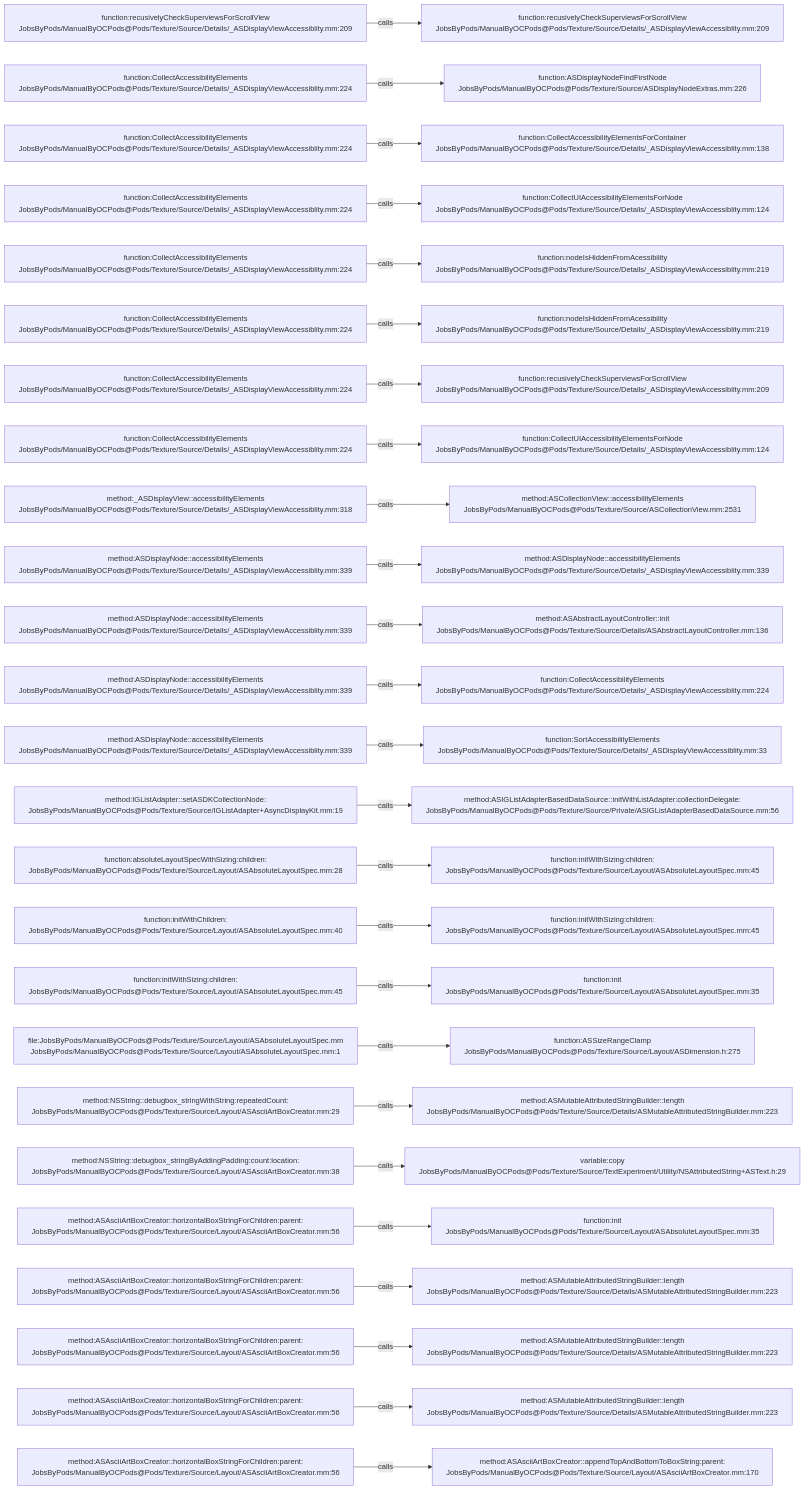
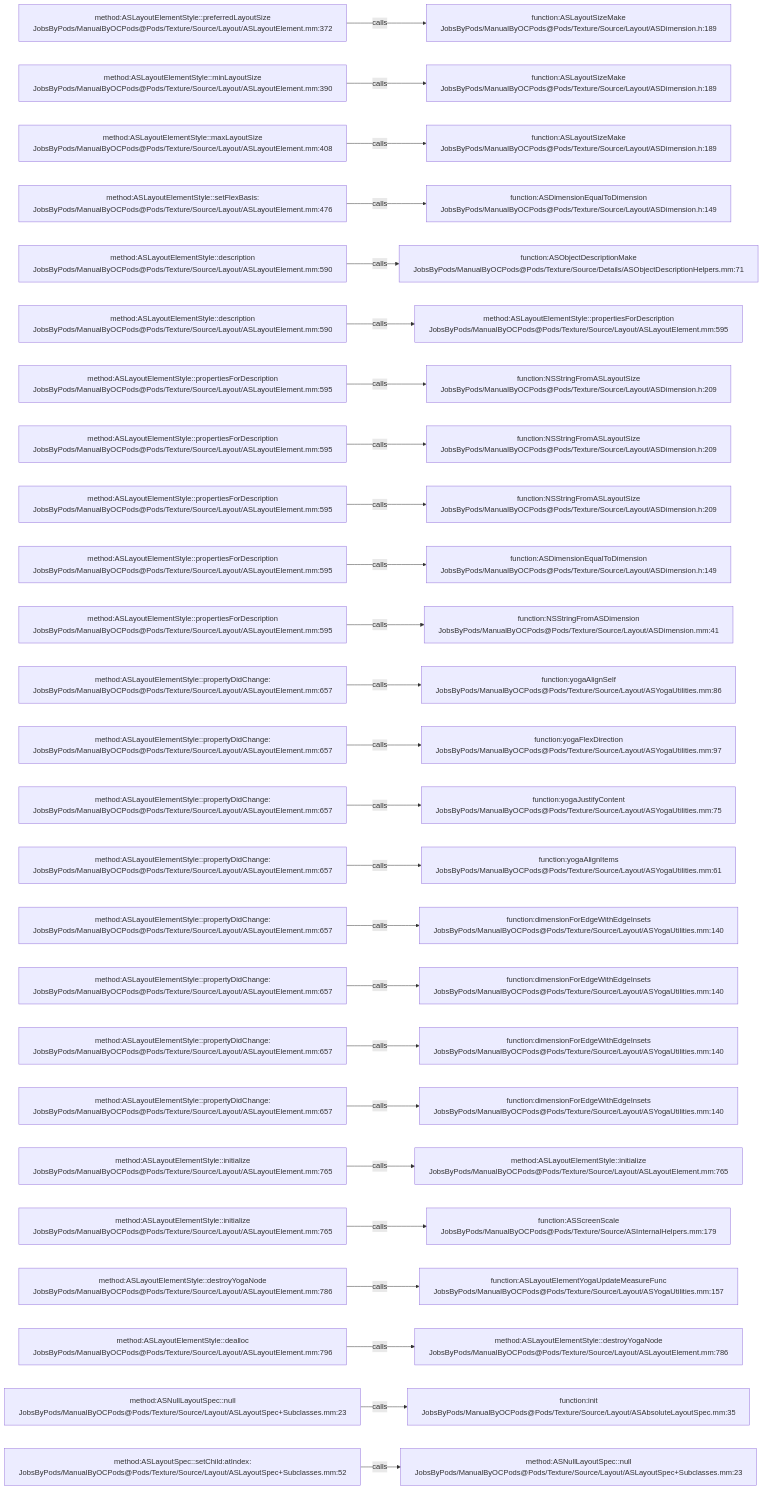
Before and after one commit to JobsKits/JobsOCBaseConfigDemo: the diagram in .codegraph/codegraph.md/graphs/calls-172.md, drawn with Mermaid. The commit also changed 1448 other files, not shown here.

````diff
--- a/.codegraph/codegraph.md/graphs/calls-172.md
+++ b/.codegraph/codegraph.md/graphs/calls-172.md
@@ -13,78 +13,78 @@
 ```mermaid
 flowchart LR
-  S1["function:recusivelyCheckSuperviewsForScrollView<br/>JobsByPods/ManualByOCPods@Pods/Texture/Source/Details/_ASDisplayViewAccessiblity.mm:209"]
-  T1["function:recusivelyCheckSuperviewsForScrollView<br/>JobsByPods/ManualByOCPods@Pods/Texture/Source/Details/_ASDisplayViewAccessiblity.mm:209"]
+  S1["method:ASLayoutElementStyle::preferredLayoutSize<br/>JobsByPods/ManualByOCPods@Pods/Texture/Source/Layout/ASLayoutElement.mm:372"]
+  T1["function:ASLayoutSizeMake<br/>JobsByPods/ManualByOCPods@Pods/Texture/Source/Layout/ASDimension.h:189"]
   S1 -->|calls| T1
-  S2["function:CollectAccessibilityElements<br/>JobsByPods/ManualByOCPods@Pods/Texture/Source/Details/_ASDisplayViewAccessiblity.mm:224"]
-  T2["function:ASDisplayNodeFindFirstNode<br/>JobsByPods/ManualByOCPods@Pods/Texture/Source/ASDisplayNodeExtras.mm:226"]
+  S2["method:ASLayoutElementStyle::minLayoutSize<br/>JobsByPods/ManualByOCPods@Pods/Texture/Source/Layout/ASLayoutElement.mm:390"]
+  T2["function:ASLayoutSizeMake<br/>JobsByPods/ManualByOCPods@Pods/Texture/Source/Layout/ASDimension.h:189"]
   S2 -->|calls| T2
-  S3["function:CollectAccessibilityElements<br/>JobsByPods/ManualByOCPods@Pods/Texture/Source/Details/_ASDisplayViewAccessiblity.mm:224"]
-  T3["function:CollectAccessibilityElementsForContainer<br/>JobsByPods/ManualByOCPods@Pods/Texture/Source/Details/_ASDisplayViewAccessiblity.mm:138"]
+  S3["method:ASLayoutElementStyle::maxLayoutSize<br/>JobsByPods/ManualByOCPods@Pods/Texture/Source/Layout/ASLayoutElement.mm:408"]
+  T3["function:ASLayoutSizeMake<br/>JobsByPods/ManualByOCPods@Pods/Texture/Source/Layout/ASDimension.h:189"]
   S3 -->|calls| T3
-  S4["function:CollectAccessibilityElements<br/>JobsByPods/ManualByOCPods@Pods/Texture/Source/Details/_ASDisplayViewAccessiblity.mm:224"]
-  T4["function:CollectUIAccessibilityElementsForNode<br/>JobsByPods/ManualByOCPods@Pods/Texture/Source/Details/_ASDisplayViewAccessiblity.mm:124"]
+  S4["method:ASLayoutElementStyle::setFlexBasis:<br/>JobsByPods/ManualByOCPods@Pods/Texture/Source/Layout/ASLayoutElement.mm:476"]
+  T4["function:ASDimensionEqualToDimension<br/>JobsByPods/ManualByOCPods@Pods/Texture/Source/Layout/ASDimension.h:149"]
   S4 -->|calls| T4
-  S5["function:CollectAccessibilityElements<br/>JobsByPods/ManualByOCPods@Pods/Texture/Source/Details/_ASDisplayViewAccessiblity.mm:224"]
-  T5["function:nodeIsHiddenFromAcessibility<br/>JobsByPods/ManualByOCPods@Pods/Texture/Source/Details/_ASDisplayViewAccessiblity.mm:219"]
+  S5["method:ASLayoutElementStyle::description<br/>JobsByPods/ManualByOCPods@Pods/Texture/Source/Layout/ASLayoutElement.mm:590"]
+  T5["function:ASObjectDescriptionMake<br/>JobsByPods/ManualByOCPods@Pods/Texture/Source/Details/ASObjectDescriptionHelpers.mm:71"]
   S5 -->|calls| T5
-  S6["function:CollectAccessibilityElements<br/>JobsByPods/ManualByOCPods@Pods/Texture/Source/Details/_ASDisplayViewAccessiblity.mm:224"]
-  T6["function:nodeIsHiddenFromAcessibility<br/>JobsByPods/ManualByOCPods@Pods/Texture/Source/Details/_ASDisplayViewAccessiblity.mm:219"]
+  S6["method:ASLayoutElementStyle::description<br/>JobsByPods/ManualByOCPods@Pods/Texture/Source/Layout/ASLayoutElement.mm:590"]
+  T6["method:ASLayoutElementStyle::propertiesForDescription<br/>JobsByPods/ManualByOCPods@Pods/Texture/Source/Layout/ASLayoutElement.mm:595"]
   S6 -->|calls| T6
-  S7["function:CollectAccessibilityElements<br/>JobsByPods/ManualByOCPods@Pods/Texture/Source/Details/_ASDisplayViewAccessiblity.mm:224"]
-  T7["function:recusivelyCheckSuperviewsForScrollView<br/>JobsByPods/ManualByOCPods@Pods/Texture/Source/Details/_ASDisplayViewAccessiblity.mm:209"]
+  S7["method:ASLayoutElementStyle::propertiesForDescription<br/>JobsByPods/ManualByOCPods@Pods/Texture/Source/Layout/ASLayoutElement.mm:595"]
+  T7["function:NSStringFromASLayoutSize<br/>JobsByPods/ManualByOCPods@Pods/Texture/Source/Layout/ASDimension.h:209"]
   S7 -->|calls| T7
-  S8["function:CollectAccessibilityElements<br/>JobsByPods/ManualByOCPods@Pods/Texture/Source/Details/_ASDisplayViewAccessiblity.mm:224"]
-  T8["function:CollectUIAccessibilityElementsForNode<br/>JobsByPods/ManualByOCPods@Pods/Texture/Source/Details/_ASDisplayViewAccessiblity.mm:124"]
+  S8["method:ASLayoutElementStyle::propertiesForDescription<br/>JobsByPods/ManualByOCPods@Pods/Texture/Source/Layout/ASLayoutElement.mm:595"]
+  T8["function:NSStringFromASLayoutSize<br/>JobsByPods/ManualByOCPods@Pods/Texture/Source/Layout/ASDimension.h:209"]
   S8 -->|calls| T8
-  S9["method:_ASDisplayView::accessibilityElements<br/>JobsByPods/ManualByOCPods@Pods/Texture/Source/Details/_ASDisplayViewAccessiblity.mm:318"]
-  T9["method:ASCollectionView::accessibilityElements<br/>JobsByPods/ManualByOCPods@Pods/Texture/Source/ASCollectionView.mm:2531"]
+  S9["method:ASLayoutElementStyle::propertiesForDescription<br/>JobsByPods/ManualByOCPods@Pods/Texture/Source/Layout/ASLayoutElement.mm:595"]
+  T9["function:NSStringFromASLayoutSize<br/>JobsByPods/ManualByOCPods@Pods/Texture/Source/Layout/ASDimension.h:209"]
   S9 -->|calls| T9
-  S10["method:ASDisplayNode::accessibilityElements<br/>JobsByPods/ManualByOCPods@Pods/Texture/Source/Details/_ASDisplayViewAccessiblity.mm:339"]
-  T10["method:ASDisplayNode::accessibilityElements<br/>JobsByPods/ManualByOCPods@Pods/Texture/Source/Details/_ASDisplayViewAccessiblity.mm:339"]
+  S10["method:ASLayoutElementStyle::propertiesForDescription<br/>JobsByPods/ManualByOCPods@Pods/Texture/Source/Layout/ASLayoutElement.mm:595"]
+  T10["function:ASDimensionEqualToDimension<br/>JobsByPods/ManualByOCPods@Pods/Texture/Source/Layout/ASDimension.h:149"]
   S10 -->|calls| T10
-  S11["method:ASDisplayNode::accessibilityElements<br/>JobsByPods/ManualByOCPods@Pods/Texture/Source/Details/_ASDisplayViewAccessiblity.mm:339"]
-  T11["method:ASAbstractLayoutController::init<br/>JobsByPods/ManualByOCPods@Pods/Texture/Source/Details/ASAbstractLayoutController.mm:136"]
+  S11["method:ASLayoutElementStyle::propertiesForDescription<br/>JobsByPods/ManualByOCPods@Pods/Texture/Source/Layout/ASLayoutElement.mm:595"]
+  T11["function:NSStringFromASDimension<br/>JobsByPods/ManualByOCPods@Pods/Texture/Source/Layout/ASDimension.mm:41"]
   S11 -->|calls| T11
-  S12["method:ASDisplayNode::accessibilityElements<br/>JobsByPods/ManualByOCPods@Pods/Texture/Source/Details/_ASDisplayViewAccessiblity.mm:339"]
-  T12["function:CollectAccessibilityElements<br/>JobsByPods/ManualByOCPods@Pods/Texture/Source/Details/_ASDisplayViewAccessiblity.mm:224"]
+  S12["method:ASLayoutElementStyle::propertyDidChange:<br/>JobsByPods/ManualByOCPods@Pods/Texture/Source/Layout/ASLayoutElement.mm:657"]
+  T12["function:yogaAlignSelf<br/>JobsByPods/ManualByOCPods@Pods/Texture/Source/Layout/ASYogaUtilities.mm:86"]
   S12 -->|calls| T12
-  S13["method:ASDisplayNode::accessibilityElements<br/>JobsByPods/ManualByOCPods@Pods/Texture/Source/Details/_ASDisplayViewAccessiblity.mm:339"]
-  T13["function:SortAccessibilityElements<br/>JobsByPods/ManualByOCPods@Pods/Texture/Source/Details/_ASDisplayViewAccessiblity.mm:33"]
+  S13["method:ASLayoutElementStyle::propertyDidChange:<br/>JobsByPods/ManualByOCPods@Pods/Texture/Source/Layout/ASLayoutElement.mm:657"]
+  T13["function:yogaFlexDirection<br/>JobsByPods/ManualByOCPods@Pods/Texture/Source/Layout/ASYogaUtilities.mm:97"]
   S13 -->|calls| T13
-  S14["method:IGListAdapter::setASDKCollectionNode:<br/>JobsByPods/ManualByOCPods@Pods/Texture/Source/IGListAdapter+AsyncDisplayKit.mm:19"]
-  T14["method:ASIGListAdapterBasedDataSource::initWithListAdapter:collectionDelegate:<br/>JobsByPods/ManualByOCPods@Pods/Texture/Source/Private/ASIGListAdapterBasedDataSource.mm:56"]
+  S14["method:ASLayoutElementStyle::propertyDidChange:<br/>JobsByPods/ManualByOCPods@Pods/Texture/Source/Layout/ASLayoutElement.mm:657"]
+  T14["function:yogaJustifyContent<br/>JobsByPods/ManualByOCPods@Pods/Texture/Source/Layout/ASYogaUtilities.mm:75"]
   S14 -->|calls| T14
-  S15["function:absoluteLayoutSpecWithSizing:children:<br/>JobsByPods/ManualByOCPods@Pods/Texture/Source/Layout/ASAbsoluteLayoutSpec.mm:28"]
-  T15["function:initWithSizing:children:<br/>JobsByPods/ManualByOCPods@Pods/Texture/Source/Layout/ASAbsoluteLayoutSpec.mm:45"]
+  S15["method:ASLayoutElementStyle::propertyDidChange:<br/>JobsByPods/ManualByOCPods@Pods/Texture/Source/Layout/ASLayoutElement.mm:657"]
+  T15["function:yogaAlignItems<br/>JobsByPods/ManualByOCPods@Pods/Texture/Source/Layout/ASYogaUtilities.mm:61"]
   S15 -->|calls| T15
-  S16["function:initWithChildren:<br/>JobsByPods/ManualByOCPods@Pods/Texture/Source/Layout/ASAbsoluteLayoutSpec.mm:40"]
-  T16["function:initWithSizing:children:<br/>JobsByPods/ManualByOCPods@Pods/Texture/Source/Layout/ASAbsoluteLayoutSpec.mm:45"]
+  S16["method:ASLayoutElementStyle::propertyDidChange:<br/>JobsByPods/ManualByOCPods@Pods/Texture/Source/Layout/ASLayoutElement.mm:657"]
+  T16["function:dimensionForEdgeWithEdgeInsets<br/>JobsByPods/ManualByOCPods@Pods/Texture/Source/Layout/ASYogaUtilities.mm:140"]
   S16 -->|calls| T16
-  S17["function:initWithSizing:children:<br/>JobsByPods/ManualByOCPods@Pods/Texture/Source/Layout/ASAbsoluteLayoutSpec.mm:45"]
-  T17["function:init<br/>JobsByPods/ManualByOCPods@Pods/Texture/Source/Layout/ASAbsoluteLayoutSpec.mm:35"]
+  S17["method:ASLayoutElementStyle::propertyDidChange:<br/>JobsByPods/ManualByOCPods@Pods/Texture/Source/Layout/ASLayoutElement.mm:657"]
+  T17["function:dimensionForEdgeWithEdgeInsets<br/>JobsByPods/ManualByOCPods@Pods/Texture/Source/Layout/ASYogaUtilities.mm:140"]
   S17 -->|calls| T17
-  S18["file:JobsByPods/ManualByOCPods@Pods/Texture/Source/Layout/ASAbsoluteLayoutSpec.mm<br/>JobsByPods/ManualByOCPods@Pods/Texture/Source/Layout/ASAbsoluteLayoutSpec.mm:1"]
-  T18["function:ASSizeRangeClamp<br/>JobsByPods/ManualByOCPods@Pods/Texture/Source/Layout/ASDimension.h:275"]
+  S18["method:ASLayoutElementStyle::propertyDidChange:<br/>JobsByPods/ManualByOCPods@Pods/Texture/Source/Layout/ASLayoutElement.mm:657"]
+  T18["function:dimensionForEdgeWithEdgeInsets<br/>JobsByPods/ManualByOCPods@Pods/Texture/Source/Layout/ASYogaUtilities.mm:140"]
   S18 -->|calls| T18
-  S19["method:NSString::debugbox_stringWithString:repeatedCount:<br/>JobsByPods/ManualByOCPods@Pods/Texture/Source/Layout/ASAsciiArtBoxCreator.mm:29"]
-  T19["method:ASMutableAttributedStringBuilder::length<br/>JobsByPods/ManualByOCPods@Pods/Texture/Source/Details/ASMutableAttributedStringBuilder.mm:223"]
+  S19["method:ASLayoutElementStyle::propertyDidChange:<br/>JobsByPods/ManualByOCPods@Pods/Texture/Source/Layout/ASLayoutElement.mm:657"]
+  T19["function:dimensionForEdgeWithEdgeInsets<br/>JobsByPods/ManualByOCPods@Pods/Texture/Source/Layout/ASYogaUtilities.mm:140"]
   S19 -->|calls| T19
-  S20["method:NSString::debugbox_stringByAddingPadding:count:location:<br/>JobsByPods/ManualByOCPods@Pods/Texture/Source/Layout/ASAsciiArtBoxCreator.mm:38"]
-  T20["variable:copy<br/>JobsByPods/ManualByOCPods@Pods/Texture/Source/TextExperiment/Utility/NSAttributedString+ASText.h:29"]
+  S20["method:ASLayoutElementStyle::initialize<br/>JobsByPods/ManualByOCPods@Pods/Texture/Source/Layout/ASLayoutElement.mm:765"]
+  T20["method:ASLayoutElementStyle::initialize<br/>JobsByPods/ManualByOCPods@Pods/Texture/Source/Layout/ASLayoutElement.mm:765"]
   S20 -->|calls| T20
-  S21["method:ASAsciiArtBoxCreator::horizontalBoxStringForChildren:parent:<br/>JobsByPods/ManualByOCPods@Pods/Texture/Source/Layout/ASAsciiArtBoxCreator.mm:56"]
-  T21["function:init<br/>JobsByPods/ManualByOCPods@Pods/Texture/Source/Layout/ASAbsoluteLayoutSpec.mm:35"]
+  S21["method:ASLayoutElementStyle::initialize<br/>JobsByPods/ManualByOCPods@Pods/Texture/Source/Layout/ASLayoutElement.mm:765"]
+  T21["function:ASScreenScale<br/>JobsByPods/ManualByOCPods@Pods/Texture/Source/ASInternalHelpers.mm:179"]
   S21 -->|calls| T21
-  S22["method:ASAsciiArtBoxCreator::horizontalBoxStringForChildren:parent:<br/>JobsByPods/ManualByOCPods@Pods/Texture/Source/Layout/ASAsciiArtBoxCreator.mm:56"]
-  T22["method:ASMutableAttributedStringBuilder::length<br/>JobsByPods/ManualByOCPods@Pods/Texture/Source/Details/ASMutableAttributedStringBuilder.mm:223"]
+  S22["method:ASLayoutElementStyle::destroyYogaNode<br/>JobsByPods/ManualByOCPods@Pods/Texture/Source/Layout/ASLayoutElement.mm:786"]
+  T22["function:ASLayoutElementYogaUpdateMeasureFunc<br/>JobsByPods/ManualByOCPods@Pods/Texture/Source/Layout/ASYogaUtilities.mm:157"]
   S22 -->|calls| T22
-  S23["method:ASAsciiArtBoxCreator::horizontalBoxStringForChildren:parent:<br/>JobsByPods/ManualByOCPods@Pods/Texture/Source/Layout/ASAsciiArtBoxCreator.mm:56"]
-  T23["method:ASMutableAttributedStringBuilder::length<br/>JobsByPods/ManualByOCPods@Pods/Texture/Source/Details/ASMutableAttributedStringBuilder.mm:223"]
+  S23["method:ASLayoutElementStyle::dealloc<br/>JobsByPods/ManualByOCPods@Pods/Texture/Source/Layout/ASLayoutElement.mm:796"]
+  T23["method:ASLayoutElementStyle::destroyYogaNode<br/>JobsByPods/ManualByOCPods@Pods/Texture/Source/Layout/ASLayoutElement.mm:786"]
   S23 -->|calls| T23
-  S24["method:ASAsciiArtBoxCreator::horizontalBoxStringForChildren:parent:<br/>JobsByPods/ManualByOCPods@Pods/Texture/Source/Layout/ASAsciiArtBoxCreator.mm:56"]
-  T24["method:ASMutableAttributedStringBuilder::length<br/>JobsByPods/ManualByOCPods@Pods/Texture/Source/Details/ASMutableAttributedStringBuilder.mm:223"]
+  S24["method:ASNullLayoutSpec::null<br/>JobsByPods/ManualByOCPods@Pods/Texture/Source/Layout/ASLayoutSpec+Subclasses.mm:23"]
+  T24["function:init<br/>JobsByPods/ManualByOCPods@Pods/Texture/Source/Layout/ASAbsoluteLayoutSpec.mm:35"]
   S24 -->|calls| T24
-  S25["method:ASAsciiArtBoxCreator::horizontalBoxStringForChildren:parent:<br/>JobsByPods/ManualByOCPods@Pods/Texture/Source/Layout/ASAsciiArtBoxCreator.mm:56"]
-  T25["method:ASAsciiArtBoxCreator::appendTopAndBottomToBoxString:parent:<br/>JobsByPods/ManualByOCPods@Pods/Texture/Source/Layout/ASAsciiArtBoxCreator.mm:170"]
+  S25["method:ASLayoutSpec::setChild:atIndex:<br/>JobsByPods/ManualByOCPods@Pods/Texture/Source/Layout/ASLayoutSpec+Subclasses.mm:52"]
+  T25["method:ASNullLayoutSpec::null<br/>JobsByPods/ManualByOCPods@Pods/Texture/Source/Layout/ASLayoutSpec+Subclasses.mm:23"]
   S25 -->|calls| T25
 ```
````
